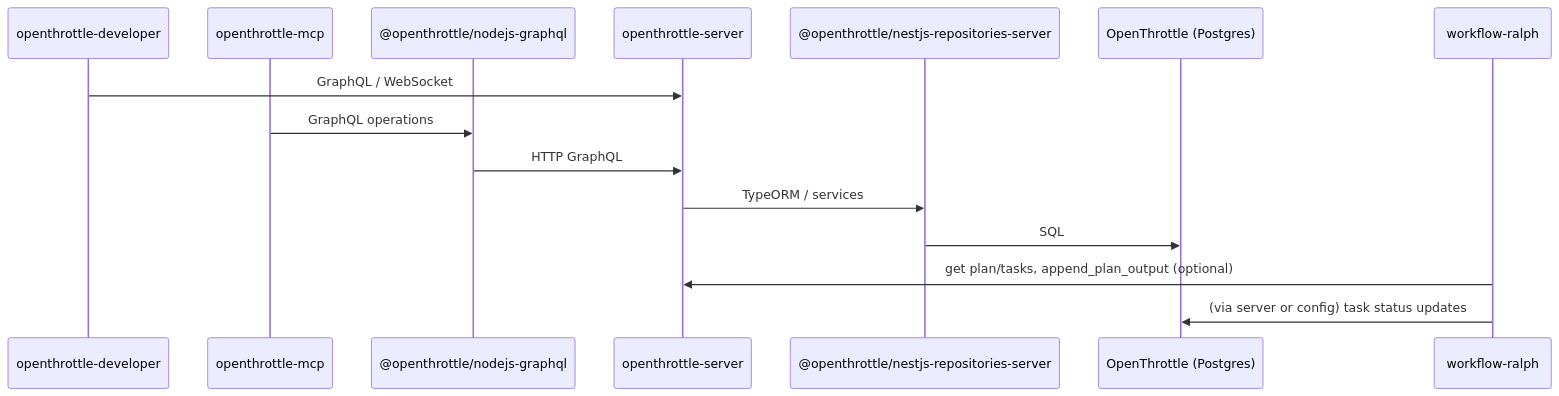
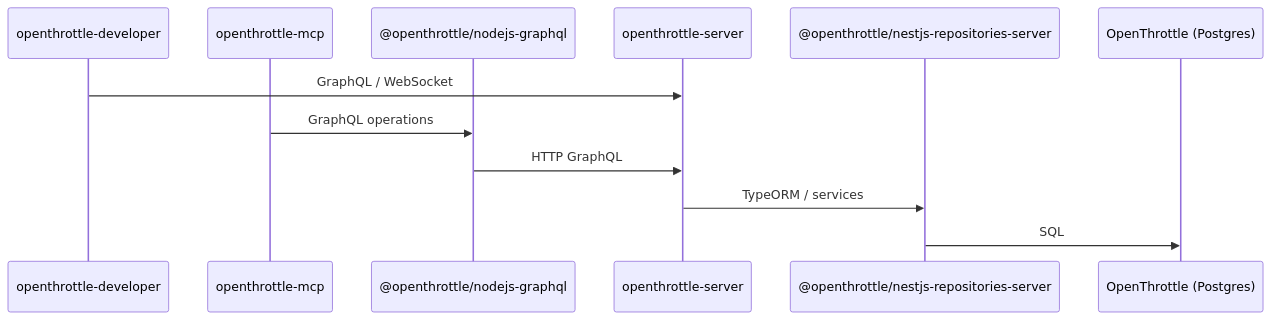
One commit to OpenThrottle/monorepo changed the second of 2 diagrams in docs/openthrottle/monorepo-architecture.md. Above: the diagram before and after it, drawn with Mermaid. The commit also changed other lines of this file and 1010 other files, not shown here.

First line of the commit message:
refactor(monorepo)!: retire the Ralph runner and consolidate plan runs on OT Loop (#969)

````diff
--- a/docs/openthrottle/monorepo-architecture.md
+++ b/docs/openthrottle/monorepo-architecture.md
@@ -56,18 +53,15 @@
 ```mermaid
 sequenceDiagram
   participant Dev as openthrottle-developer
   participant MCP as openthrottle-mcp
   participant Client as @openthrottle/nodejs-graphql
   participant Server as openthrottle-server
   participant Repos as @openthrottle/nestjs-repositories-server
   participant OpenThrottle as OpenThrottle (Postgres)
-  participant Ralph as workflow-ralph
 
   Dev->>Server: GraphQL / WebSocket
   MCP->>Client: GraphQL operations
   Client->>Server: HTTP GraphQL
   Server->>Repos: TypeORM / services
   Repos->>OpenThrottle: SQL
-  Ralph->>Server: get plan/tasks, append_plan_output (optional)
-  Ralph->>OpenThrottle: (via server or config) task status updates
 ```
````
